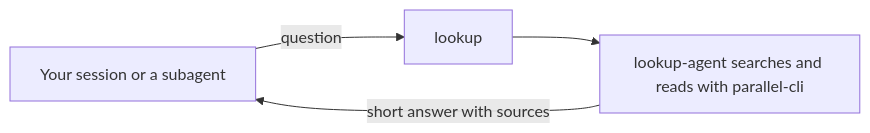
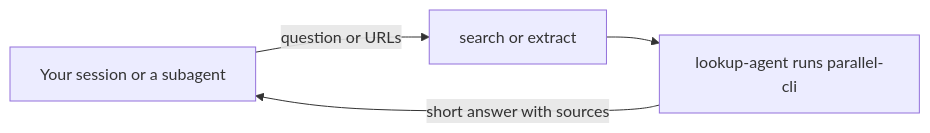
The second of 3 diagrams in README.md (tdarenkov/parallel-kit), drawn with Mermaid before and after one commit. The commit also changed other lines of this file and 11 other files, not shown here.

````diff
--- a/README.md
+++ b/README.md
@@ -67,6 +68,6 @@
 ```mermaid
 flowchart LR
-    C[Your session or a subagent] -->|question| L[lookup]
-    L --> A[lookup-agent searches and reads with parallel-cli]
+    C[Your session or a subagent] -->|question or URLs| L[search or extract]
+    L --> A[lookup-agent runs parallel-cli]
     A -->|short answer with sources| C
 ```
````
